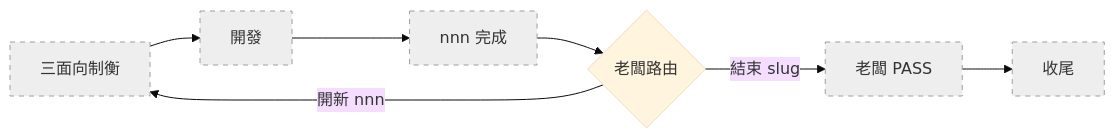
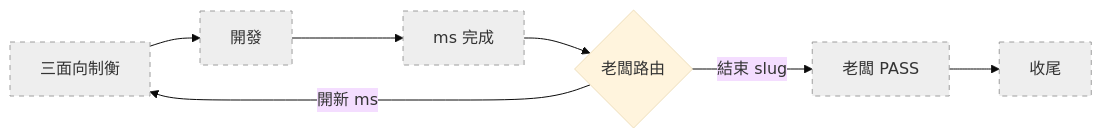
Before and after one commit to teps3105/shiftblame: the first of 3 diagrams in skills/shiftblame/assets/SLUG.md, drawn with Mermaid (base theme). The commit also changed other lines of this file and 19 other files, not shown here.

````diff
--- a/skills/shiftblame/assets/SLUG.md
+++ b/skills/shiftblame/assets/SLUG.md
@@ -48,10 +48,10 @@
 ```mermaid
 flowchart LR
-    A[三面向制衡]:::todo --> B[開發]:::todo --> C[nnn 完成]:::todo
+    A[三面向制衡]:::todo --> B[開發]:::todo --> C[ms 完成]:::todo
     C --> D{老闆路由}
-    D -- 開新 nnn --> A
+    D -- 開新 ms --> A
     D -- 結束 slug --> E[老闆 PASS]:::todo --> F[收尾]:::todo
     classDef done fill:#c8e6c9,stroke:#388e3c
     classDef active fill:#ffe082,stroke:#f57f17,stroke-width:3px
     classDef todo fill:#eeeeee,stroke:#9e9e9e,stroke-dasharray: 5 5
 ```
````
